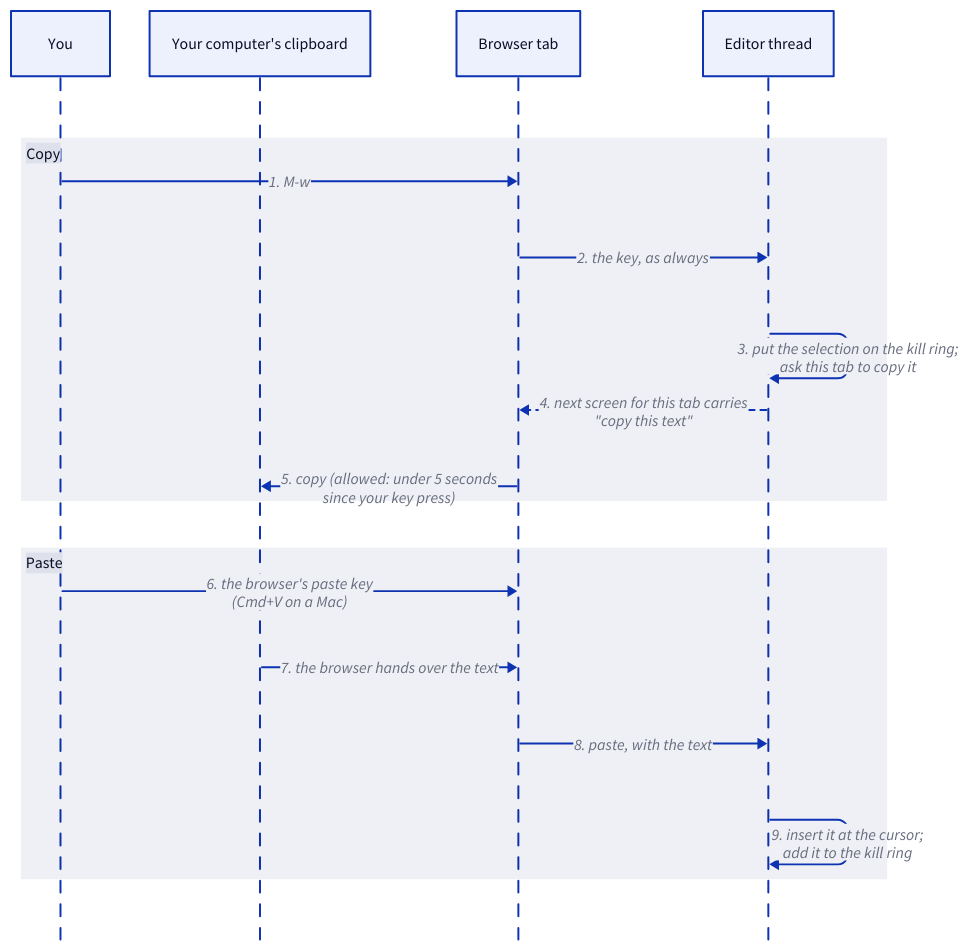
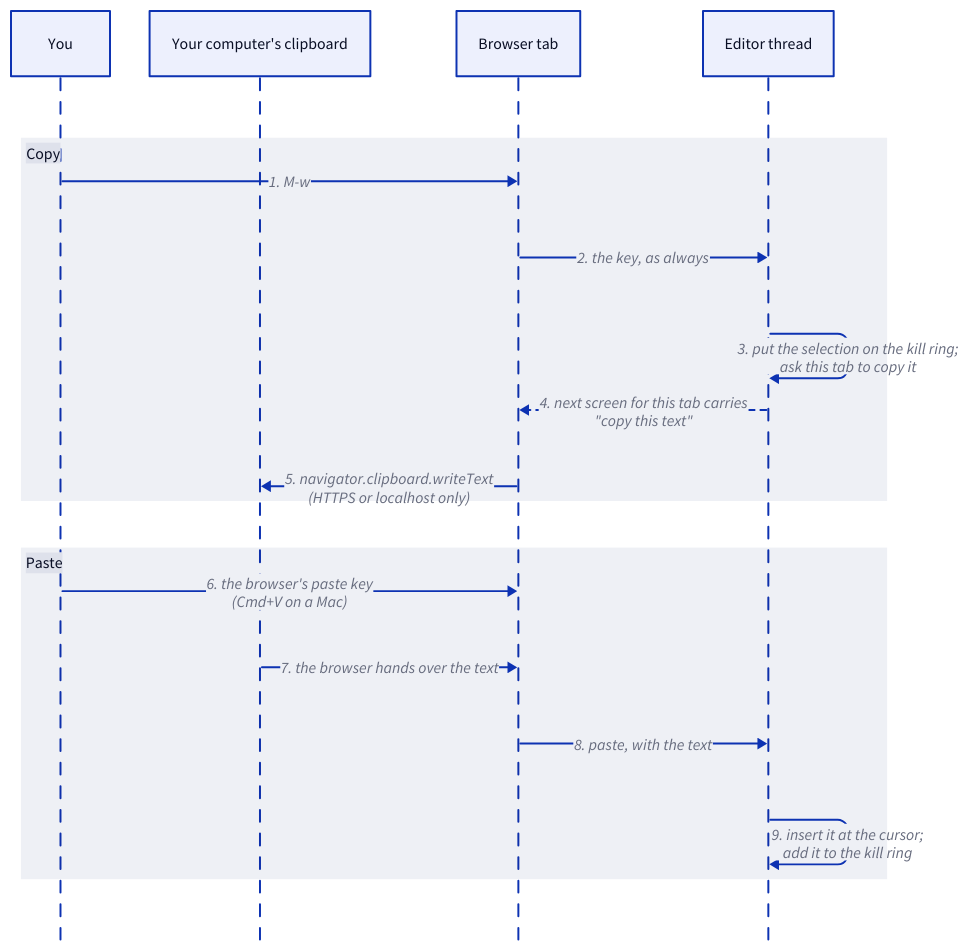
The diagram in docs/diagrams/selecting-text-clipboard.d2 (jaybonthius/tuna), drawn with D2 before and after one commit. The commit also changed 4 other files, not shown here.

```diff
--- a/docs/diagrams/selecting-text-clipboard.d2
+++ b/docs/diagrams/selecting-text-clipboard.d2
@@ -1,30 +1,30 @@
 # How does a copy reach your computer's clipboard, and a paste come back? (planned)
 vars: {
   d2-config: {
     layout-engine: dagre
     theme-id: 0
   }
 }
 shape: sequence_diagram
 
 you: You
 clip: Your computer's clipboard
 browser: Browser tab
 editor: Editor thread
 
 copy: Copy {
   you -> browser: 1. M-w
   browser -> editor: 2. the key, as always
   editor -> editor: "3. put the selection on the kill ring;\nask this tab to copy it"
   editor -> browser: "4. next screen for this tab carries\n\"copy this text\"" {
     style.stroke-dash: 3
   }
-  browser -> clip: "5. copy (allowed: under 5 seconds\nsince your key press)"
+  browser -> clip: "5. navigator.clipboard.writeText\n(HTTPS or localhost only)"
 }
 
 paste: Paste {
   you -> browser: "6. the browser's paste key\n(Cmd+V on a Mac)"
   clip -> browser: 7. the browser hands over the text
   browser -> editor: 8. paste, with the text
   editor -> editor: "9. insert it at the cursor;\nadd it to the kill ring"
 }
```
